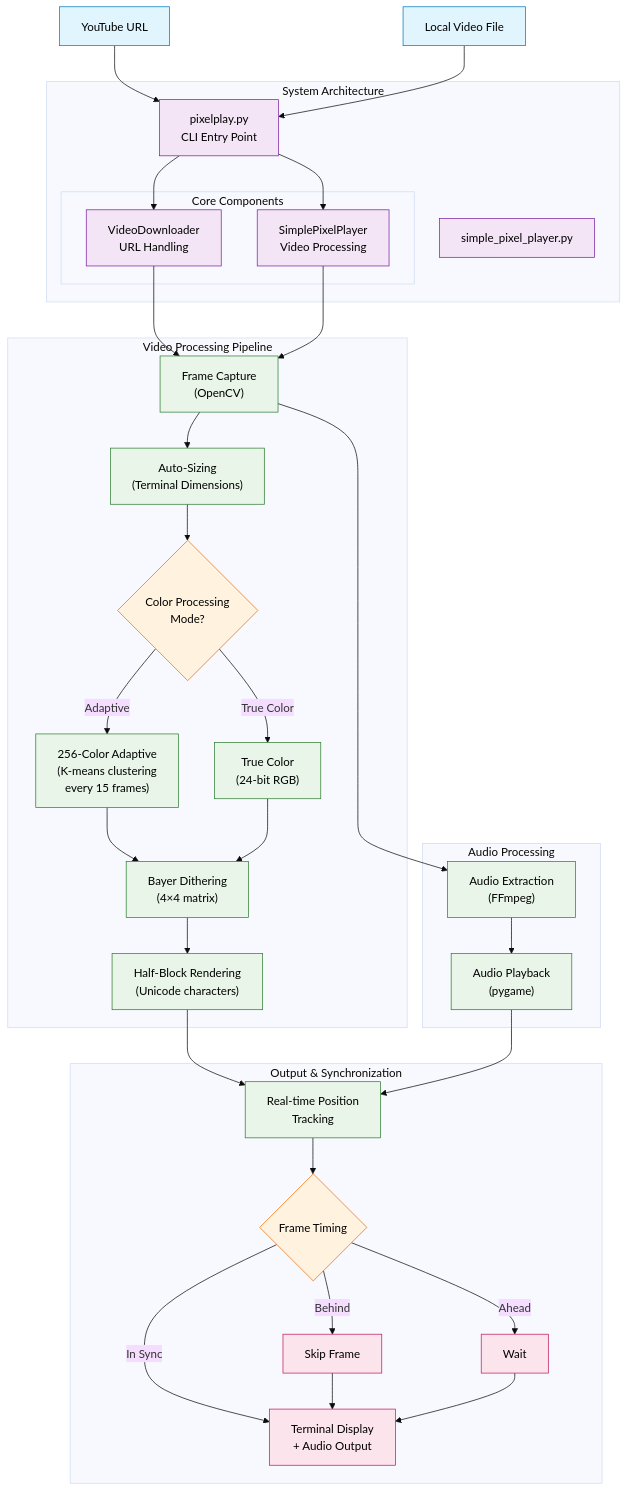
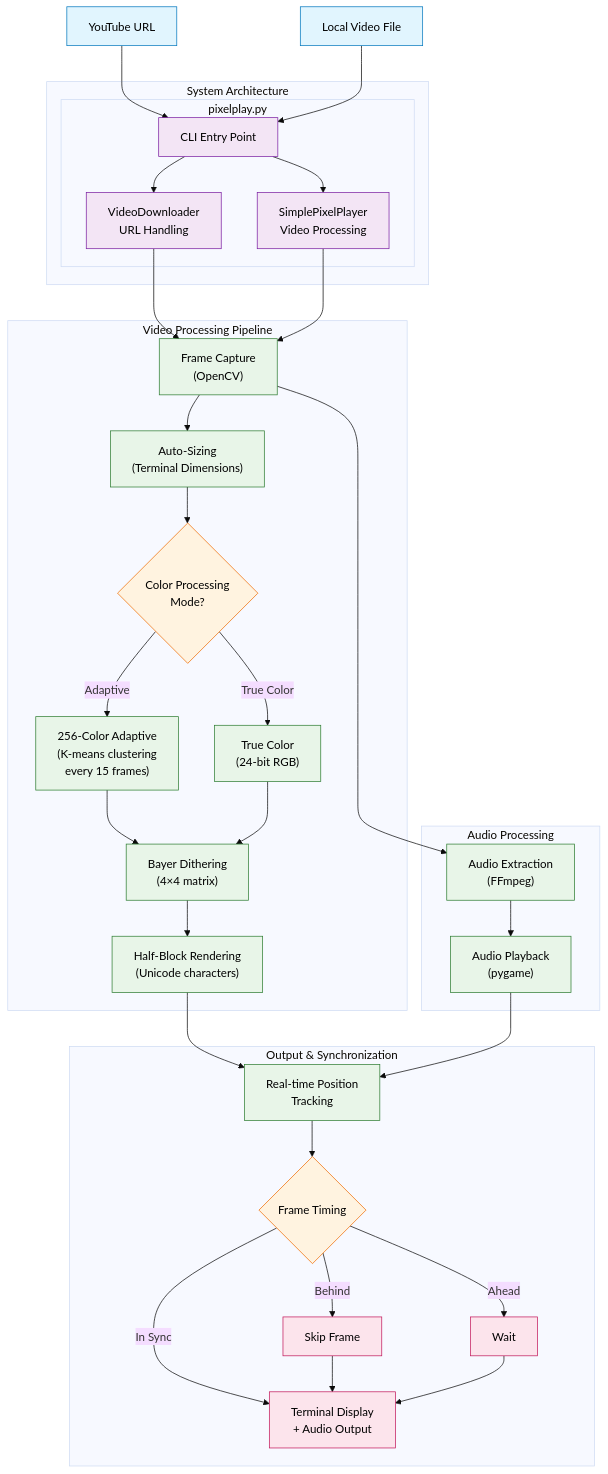
The diagram in README.md (ivan-loh/pixel-player), drawn with Mermaid (base theme) before and after one commit. The commit also changed other lines of this file and 2 other files, not shown here.

Commit message:
one script

```diff
--- a/README.md
+++ b/README.md
@@ -107,9 +107,8 @@
     
     %% System Architecture
     subgraph system["System Architecture"]
-        cli["pixelplay.py<br/>CLI Entry Point"]
-        core["simple_pixel_player.py"]
-        subgraph corecomp["Core Components"]
+        subgraph pixelplay["pixelplay.py"]
+            cli["CLI Entry Point"]
             player["SimplePixelPlayer<br/>Video Processing"]
             downloader["VideoDownloader<br/>URL Handling"]
         end
@@ -180,7 +179,7 @@
     classDef outputStyle fill:#fce4ec,stroke:#c2185b,color:#000
     
     class youtube,localfile inputStyle
-    class cli,core,player,downloader systemStyle
+    class cli,player,downloader systemStyle
     class capture,autosize,adaptive,truecolor,dither,render,extract,playback,sync processStyle
     class colormode,decision decisionStyle
     class display,skip,wait outputStyle
```
